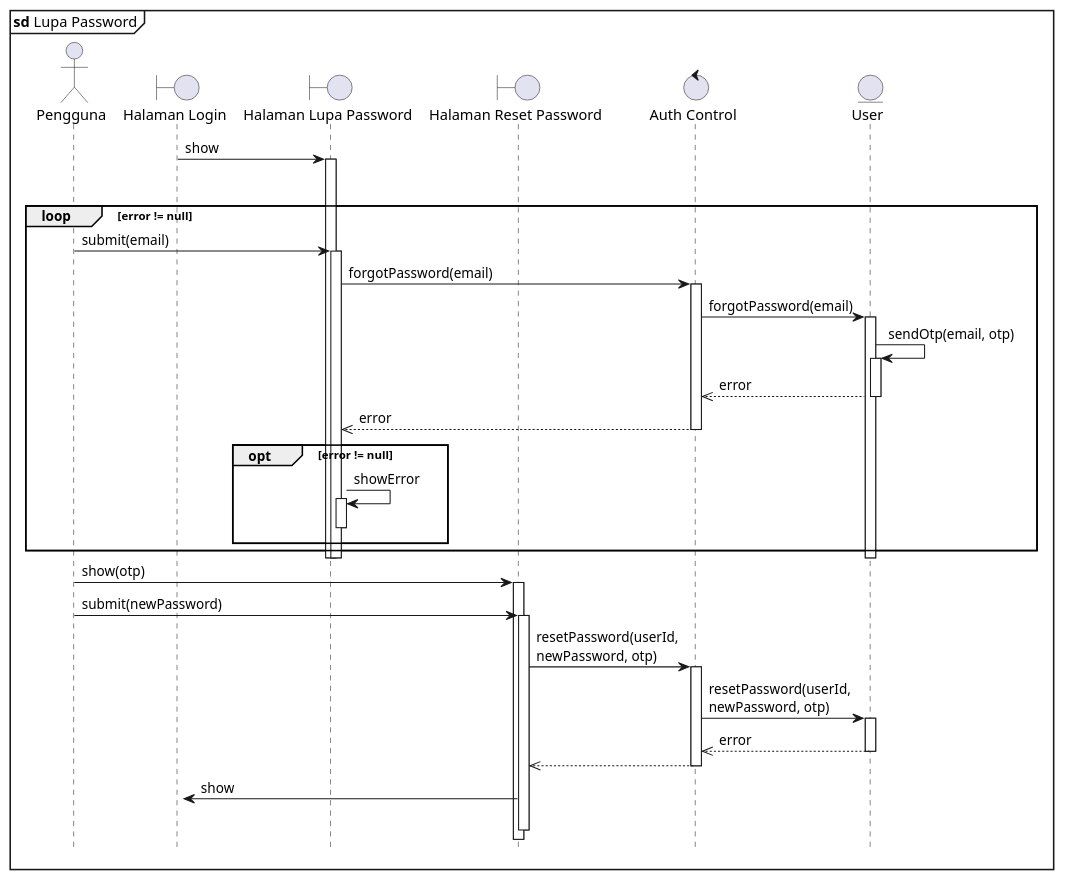
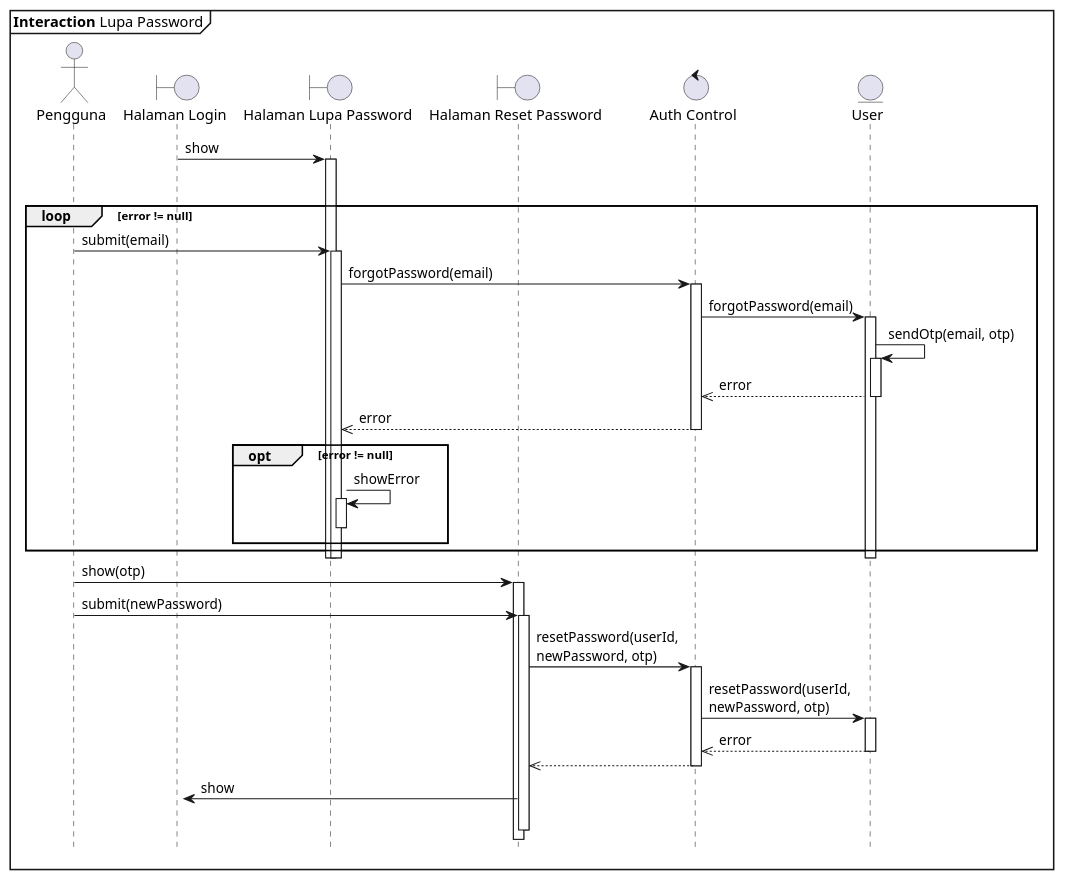
One commit to clarestarahma/manajemen-investasi changed the diagram in sequence/Lupa-Password.puml. Above: the diagram before and after it, drawn with PlantUML. The commit also changed 18 other files, not shown here.

Commit message:
merubah sebagian besar sequence diagram

```diff
--- a/sequence/Lupa-Password.puml
+++ b/sequence/Lupa-Password.puml
@@ -1,43 +1,43 @@
 @startuml
 
 hide footbox
 autoactivate on
-mainframe **sd** Lupa Password
+mainframe **Interaction** Lupa Password
 skinparam maxMessageSize 200
 
 actor "Pengguna" as P
 boundary "Halaman Login" as HL
 boundary "Halaman Lupa Password" as HLP
 boundary "Halaman Reset Password" as HRP
 control "Auth Control" as AC
 entity "User" as user
 
 HL -> HLP : show
 deactivate HL
 loop error != null
     P -> HLP: submit(email)
     HLP -> AC: forgotPassword(email)
     AC -> user: forgotPassword(email)
     user -> user: sendOtp(email, otp)
     user -->> AC: error
     AC -->> HLP: error
     opt error != null
         HLP -> HLP: showError
         deactivate HLP 
     end
 end
 
 deactivate user
 deactivate HLP
 deactivate HLP
 P -> HRP: show(otp) 
 P -> HRP: submit(newPassword)
 HRP -> AC: resetPassword(userId, newPassword, otp)
 AC -> user: resetPassword(userId, newPassword, otp) 
 user -->> AC: error
 AC -->> HRP: 
 
 HRP -> HL : show
 deactivate HRP
 
 @enduml
```
